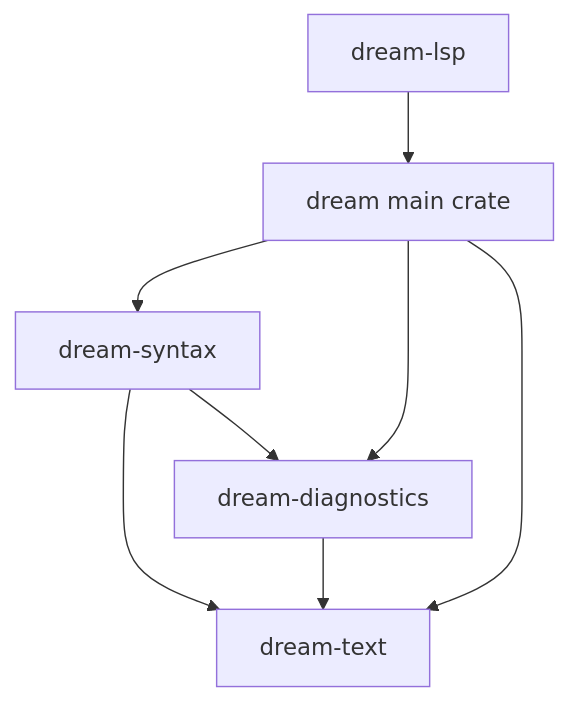
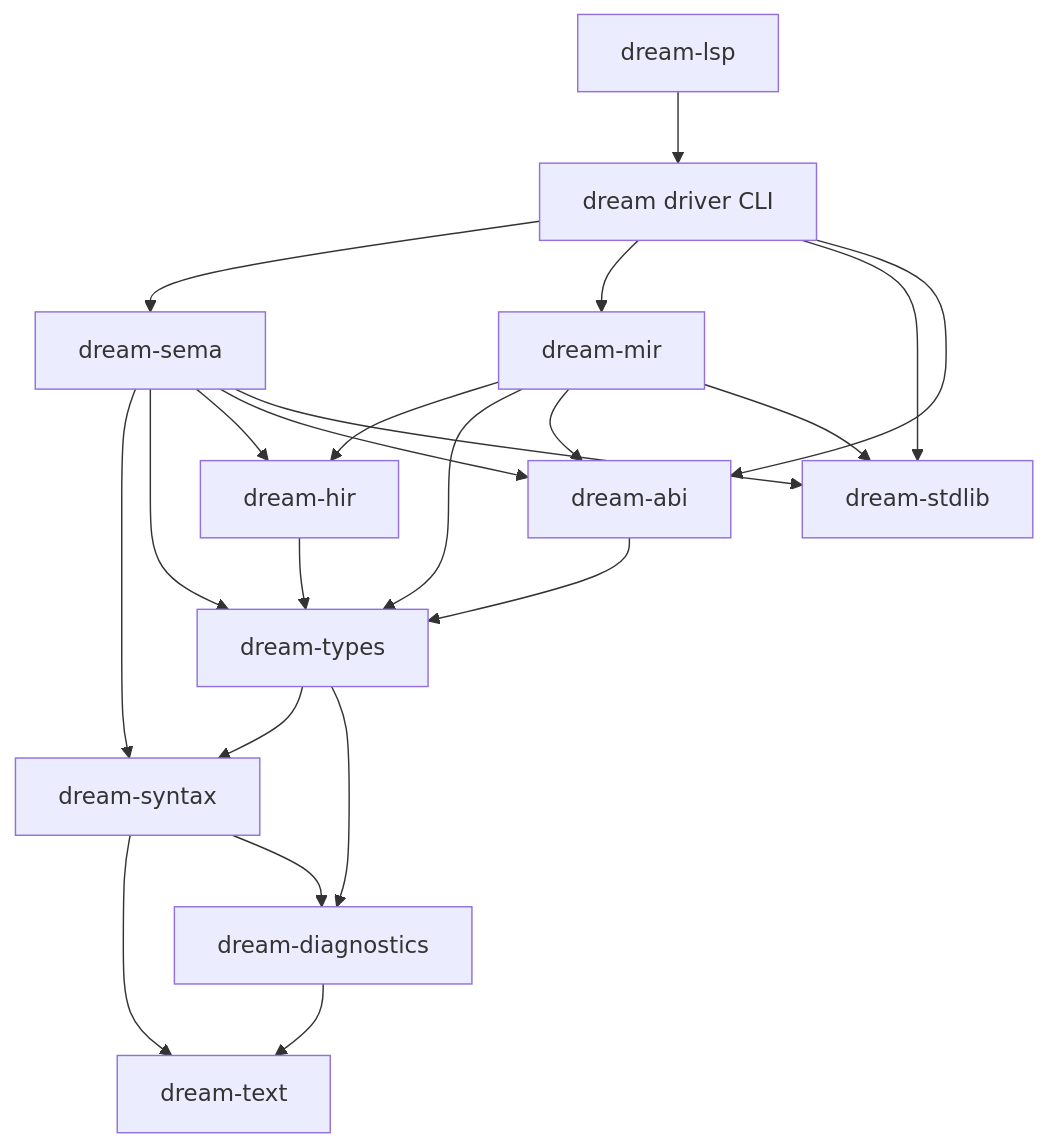
Before and after one commit to sps014/Dream: the second of 2 diagrams in docs/compiler/README.md, drawn with Mermaid. The commit also changed other lines of this file and 397 other files, not shown here.

````diff
--- a/docs/compiler/README.md
+++ b/docs/compiler/README.md
@@ -74,16 +82,36 @@
 ```mermaid
 flowchart TD
     text[dream-text]
     diag[dream-diagnostics]
     syn[dream-syntax]
-    dream[dream main crate]
+    types[dream-types]
+    hir[dream-hir]
+    abi[dream-abi]
+    stdlib[dream-stdlib]
+    sema[dream-sema]
+    mir[dream-mir]
+    dream[dream driver CLI]
     lsp[dream-lsp]
 
     diag --> text
     syn --> text
     syn --> diag
-    dream --> syn
-    dream --> diag
-    dream --> text
+    types --> syn
+    types --> diag
+    hir --> types
+    abi --> types
+    sema --> syn
+    sema --> types
+    sema --> hir
+    sema --> abi
+    sema --> stdlib
+    mir --> hir
+    mir --> types
+    mir --> abi
+    mir --> stdlib
+    dream --> sema
+    dream --> mir
+    dream --> stdlib
+    dream --> abi
     lsp --> dream
 ```
````
